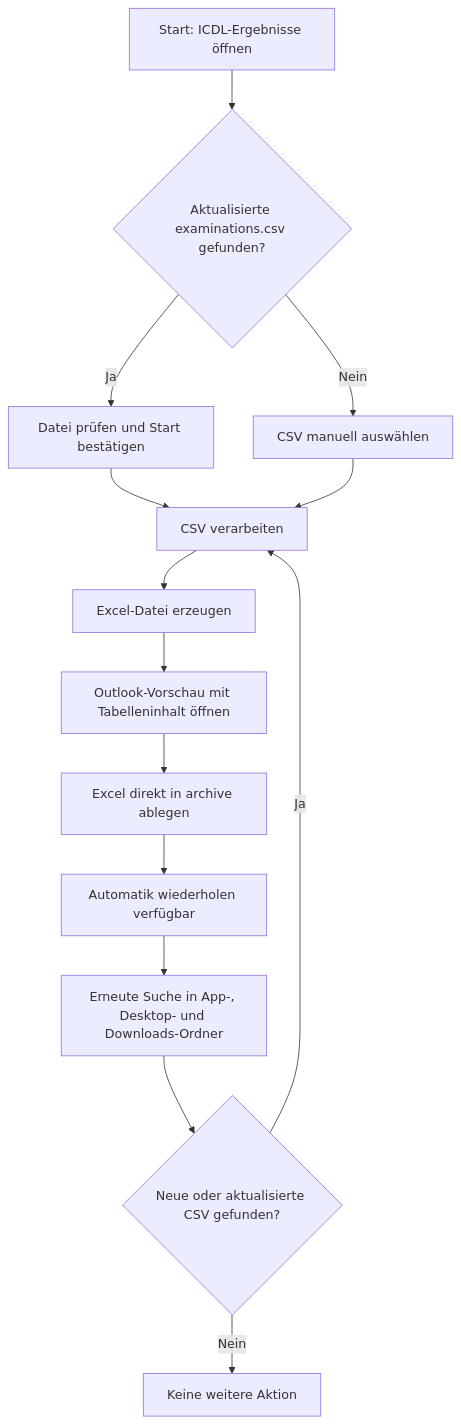
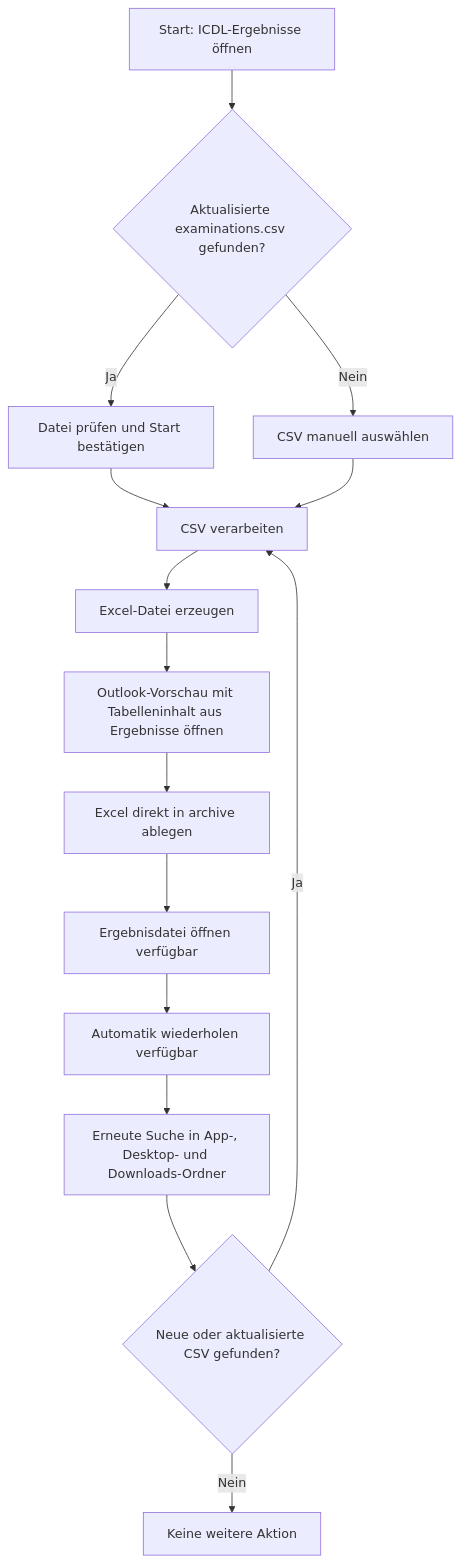
Before and after one commit to GoroTech-Tools/ICDL-Ergebnisse: the first of 2 diagrams in docs/DOKUMENTATION_DIAGRAMME.md, drawn with Mermaid. The commit also changed other lines of this file and 6 other files, not shown here.

````diff
--- a/docs/DOKUMENTATION_DIAGRAMME.md
+++ b/docs/DOKUMENTATION_DIAGRAMME.md
@@ -7,16 +7,17 @@
 ```mermaid
 flowchart TD
     A[Start: ICDL-Ergebnisse öffnen] --> B{Aktualisierte examinations.csv gefunden?}
     B -- Ja --> C[Datei prüfen und Start bestätigen]
     B -- Nein --> D[CSV manuell auswählen]
     C --> E[CSV verarbeiten]
     D --> E
     E --> F[Excel-Datei erzeugen]
-    F --> G[Outlook-Vorschau mit Tabelleninhalt öffnen]
+    F --> G[Outlook-Vorschau mit Tabelleninhalt aus Ergebnisse öffnen]
     G --> H[Excel direkt in archive ablegen]
-    H --> I[Automatik wiederholen verfügbar]
+    H --> H2[Ergebnisdatei öffnen verfügbar]
+    H2 --> I[Automatik wiederholen verfügbar]
     I --> J[Erneute Suche in App-, Desktop- und Downloads-Ordner]
     J --> K{Neue oder aktualisierte CSV gefunden?}
     K -- Ja --> E
     K -- Nein --> L[Keine weitere Aktion]
 ```
````
